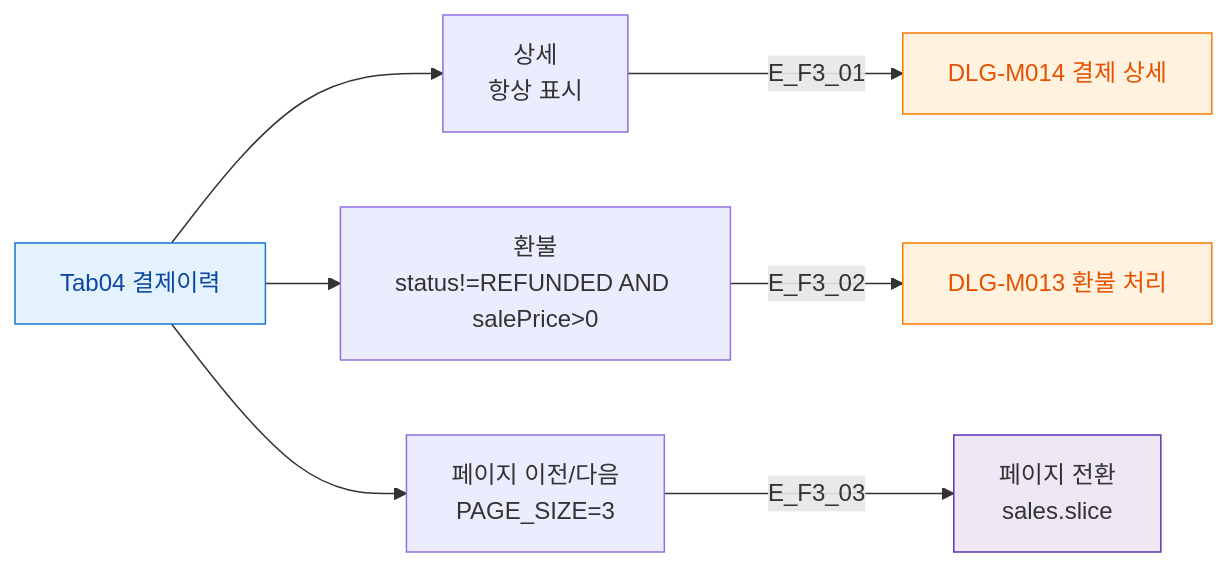
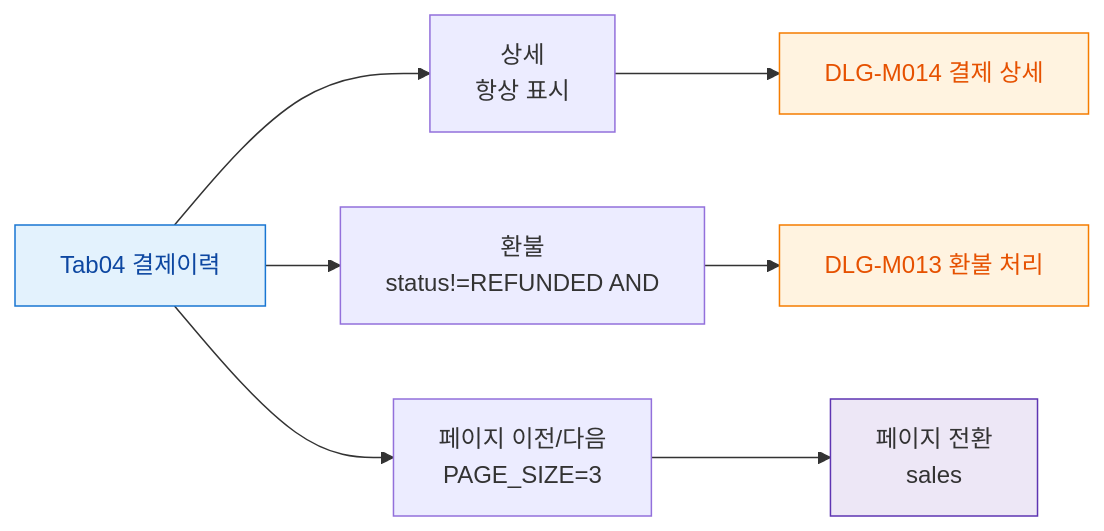
The diagram in docs/다이어그램/D02_회원관리/SCR-M004_회원상세/Tab04_결제이력/F3_버튼액션.md (dev-spogym/admin-pando), drawn with Mermaid before and after one commit. The commit also changed other lines of this file and 1660 other files, not shown here.

First line of the commit message:
다이어그램: 기획자/클라이언트 납품본으로 정리

````diff
--- a/docs/다이어그램/D02_회원관리/SCR-M004_회원상세/Tab04_결제이력/F3_버튼액션.md
+++ b/docs/다이어그램/D02_회원관리/SCR-M004_회원상세/Tab04_결제이력/F3_버튼액션.md
@@ -22,17 +20,17 @@
 ```mermaid
 flowchart LR
   TAB[Tab04 결제이력] --> B1[상세\n항상 표시]
-  TAB --> B2[환불\nstatus!=REFUNDED AND salePrice>0]
+  TAB --> B2[환불\nstatus!=REFUNDED AND]
   TAB --> B3[페이지 이전/다음\nPAGE_SIZE=3]
 
-  B1 -->|E_F3_01| DLG_M014[DLG-M014 결제 상세]
-  B2 -->|E_F3_02| DLG_M013[DLG-M013 환불 처리]
-  B3 -->|E_F3_03| PAGE[페이지 전환\nsales.slice]
+  B1 --> DLG_M014[DLG-M014 결제 상세]
+  B2 --> DLG_M013[DLG-M013 환불 처리]
+  B3 --> PAGE[페이지 전환\nsales]
 
   classDef screen fill:#E3F2FD,stroke:#1976D2,color:#0D47A1
   classDef modal fill:#FFF3E0,stroke:#F57C00,color:#E65100
   classDef system fill:#EDE7F6,stroke:#5E35B2
   class TAB screen
   class DLG_M014,DLG_M013 modal
   class PAGE system
 ```
````
